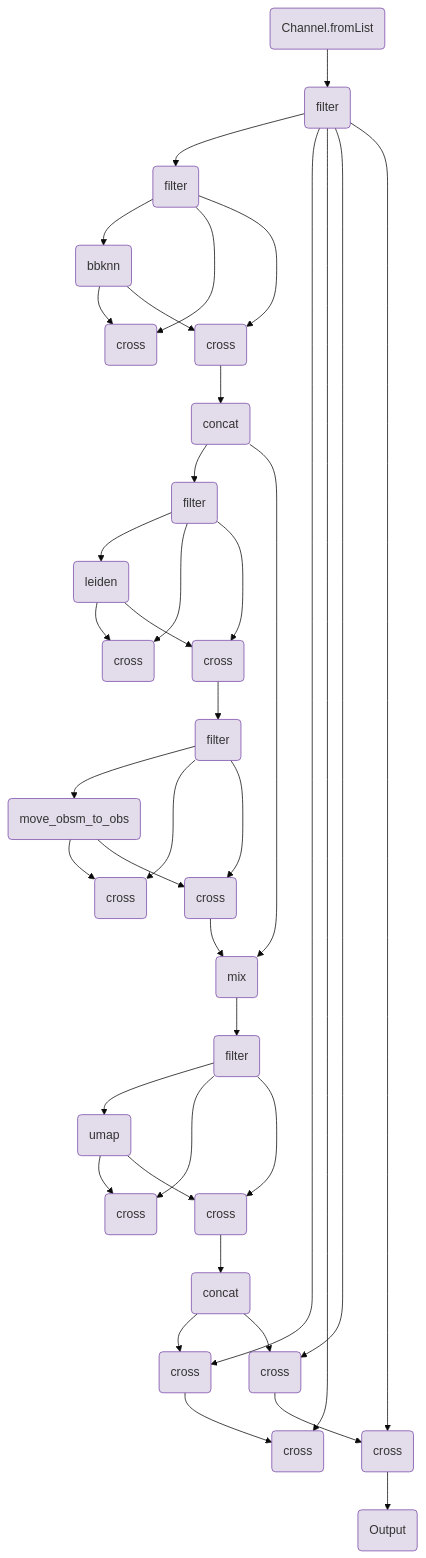
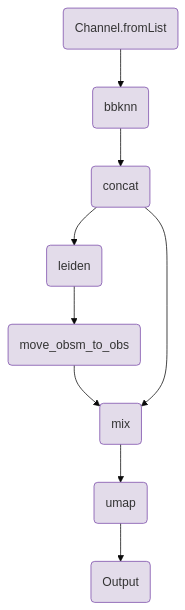
Before and after one commit to openpipelines-bio/website: the diagram in components/workflows/integration/bbknn_leiden.qmd, drawn with Mermaid (base theme). The commit also changed other lines of this file and 144 other files, not shown here.

````diff
--- a/components/workflows/integration/bbknn_leiden.qmd
+++ b/components/workflows/integration/bbknn_leiden.qmd
@@ -145,94 +143,28 @@
 ```{mermaid}
 flowchart TB
     v0(Channel.fromList)
-    v2(filter)
-    v10(filter)
-    v40(concat)
+    v29(concat)
     v18(bbknn)
-    v25(cross)
-    v35(cross)
-    v42(filter)
-    v50(leiden)
-    v57(cross)
-    v67(cross)
-    v73(filter)
-    v81(move_obsm_to_obs)
-    v88(cross)
-    v98(cross)
-    v105(mix)
-    v106(filter)
-    v136(concat)
-    v114(umap)
-    v121(cross)
-    v131(cross)
-    v143(cross)
-    v150(cross)
-    v162(cross)
-    v169(cross)
-    v173(Output)
-    v105-->v106
-    v0-->v2
-    v2-->v10
-    v10-->v18
-    v18-->v25
-    v10-->v25
-    v10-->v35
-    v35-->v40
-    v42-->v50
-    v50-->v57
-    v42-->v57
-    v42-->v67
-    v73-->v81
-    v81-->v88
-    v73-->v88
-    v73-->v98
-    v106-->v114
-    v114-->v121
-    v106-->v121
-    v106-->v131
-    v131-->v136
-    v136-->v143
-    v2-->v143
-    v143-->v150
-    v2-->v150
-    v2-->v162
-    v162-->v169
-    v2-->v169
-    v169-->v173
-    v18-->v35
-    v40-->v42
-    v67-->v73
-    v50-->v67
-    v98-->v105
-    v81-->v98
-    v40-->v105
-    v114-->v131
-    v136-->v162
+    v39(leiden)
+    v59(move_obsm_to_obs)
+    v72(mix)
+    v81(umap)
+    v108(Output)
+    v0-->v18
+    v18-->v29
+    v29-->v39
+    v39-->v59
+    v59-->v72
+    v29-->v72
+    v72-->v81
+    v81-->v108
     style v0 fill:#e3dcea,stroke:#7a4baa;
-    style v2 fill:#e3dcea,stroke:#7a4baa;
-    style v10 fill:#e3dcea,stroke:#7a4baa;
-    style v40 fill:#e3dcea,stroke:#7a4baa;
+    style v29 fill:#e3dcea,stroke:#7a4baa;
     style v18 fill:#e3dcea,stroke:#7a4baa;
-    style v25 fill:#e3dcea,stroke:#7a4baa;
-    style v35 fill:#e3dcea,stroke:#7a4baa;
-    style v42 fill:#e3dcea,stroke:#7a4baa;
-    style v50 fill:#e3dcea,stroke:#7a4baa;
-    style v57 fill:#e3dcea,stroke:#7a4baa;
-    style v67 fill:#e3dcea,stroke:#7a4baa;
-    style v73 fill:#e3dcea,stroke:#7a4baa;
+    style v39 fill:#e3dcea,stroke:#7a4baa;
+    style v59 fill:#e3dcea,stroke:#7a4baa;
+    style v72 fill:#e3dcea,stroke:#7a4baa;
     style v81 fill:#e3dcea,stroke:#7a4baa;
-    style v88 fill:#e3dcea,stroke:#7a4baa;
-    style v98 fill:#e3dcea,stroke:#7a4baa;
-    style v105 fill:#e3dcea,stroke:#7a4baa;
-    style v106 fill:#e3dcea,stroke:#7a4baa;
-    style v136 fill:#e3dcea,stroke:#7a4baa;
-    style v114 fill:#e3dcea,stroke:#7a4baa;
-    style v121 fill:#e3dcea,stroke:#7a4baa;
-    style v131 fill:#e3dcea,stroke:#7a4baa;
-    style v143 fill:#e3dcea,stroke:#7a4baa;
-    style v150 fill:#e3dcea,stroke:#7a4baa;
-    style v162 fill:#e3dcea,stroke:#7a4baa;
-    style v169 fill:#e3dcea,stroke:#7a4baa;
-    style v173 fill:#e3dcea,stroke:#7a4baa;
+    style v108 fill:#e3dcea,stroke:#7a4baa;
 
 ```
````
